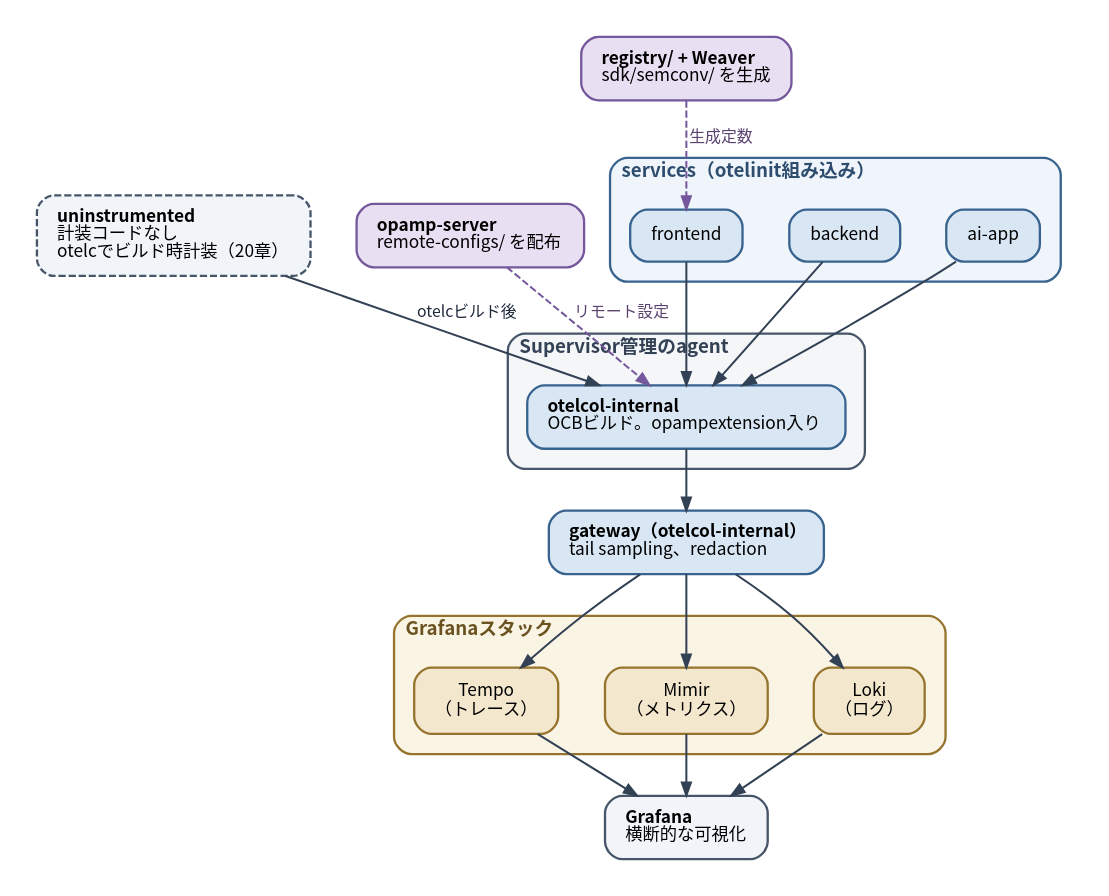
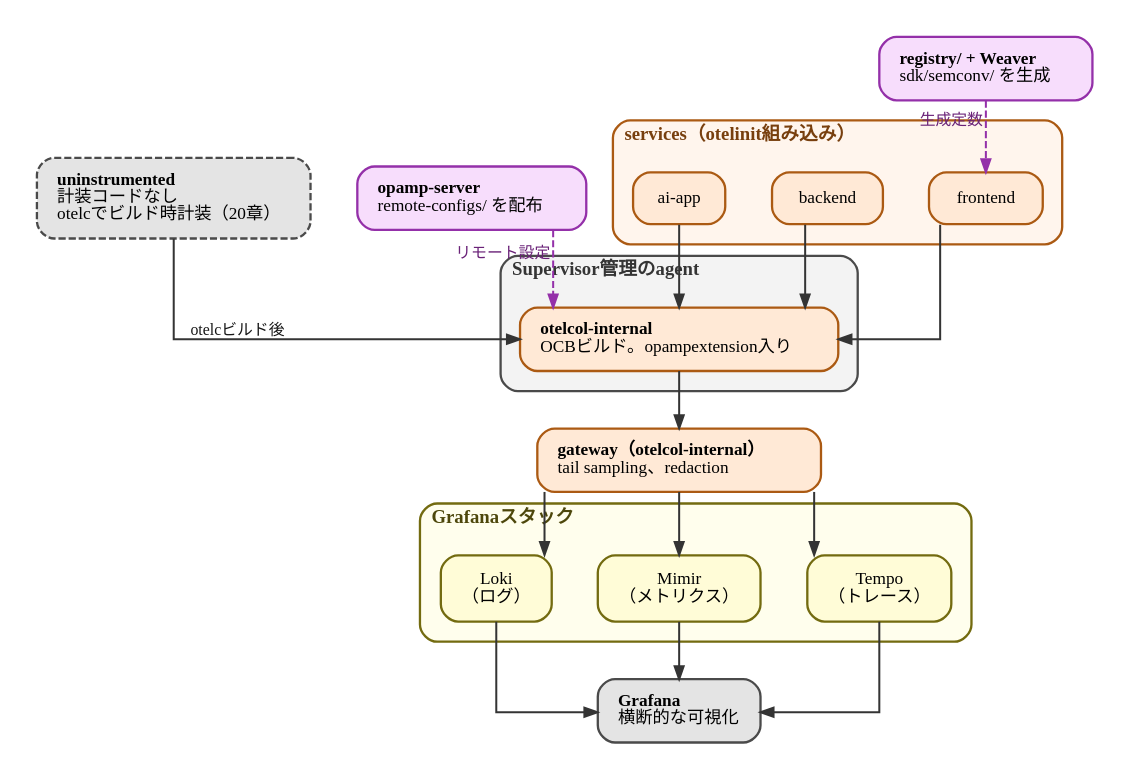
The diagram in diagrams/observability-platform-with-otel/20260926-blueprint-overview.dot (ymotongpoo/zenn.dev), drawn with Graphviz before and after one commit. The commit also changed 33 other files, not shown here.

First line of the commit message:
fix(otel-platform): 図16枚を book-diagram-graphviz の規範へ移行する

```diff
--- a/diagrams/observability-platform-with-otel/20260926-blueprint-overview.dot
+++ b/diagrams/observability-platform-with-otel/20260926-blueprint-overview.dot
@@ -1,68 +1,68 @@
 // リファレンス実装 otel-platform-blueprint の全体構成
 digraph blueprint_overview {
   graph [
-    fontname="Harano Aji Gothic,Noto Sans CJK JP,IPAGothic", fontsize=13,
-    rankdir=TB, compound=true, splines=true,
+    fontname="IBM Plex Sans JP", fontsize=13,
+    rankdir=TB, compound=true, splines=ortho,
     nodesep=0.45, ranksep=0.55, pad=0.25,
     bgcolor="white", newrank=true
   ];
   node [
-    fontname="Harano Aji Gothic,Noto Sans CJK JP,IPAGothic", fontsize=12,
+    fontname="IBM Plex Sans JP", fontsize=12,
     shape=box, style="rounded,filled",
-    fillcolor="#F1F5F9", color="#475569", penwidth=1.6,
+    fillcolor="#E4E4E4", color="#4A4A4A", penwidth=1.6,
     margin="0.2,0.14"
   ];
   edge [
-    fontname="Harano Aji Gothic,Noto Sans CJK JP,IPAGothic", fontsize=11,
-    color="#334155", penwidth=1.4, arrowsize=0.9,
-    fontcolor="#1E293B"
+    fontname="IBM Plex Sans JP", fontsize=11,
+    color="#343434", penwidth=1.4, arrowsize=0.9,
+    fontcolor="#171717"
   ];
 
   subgraph cluster_services {
     label=<<b>services（otelinit組み込み）</b>>;
     labeljust="l"; style="rounded"; penwidth=1.6;
-    color="#38638F"; bgcolor="#EFF5FB"; fontcolor="#2E4D6E"; margin=14;
-    frontend [label="frontend", fillcolor="#D9E7F4", color="#38638F"];
-    backendsvc [label="backend", fillcolor="#D9E7F4", color="#38638F"];
-    aiapp [label="ai-app", fillcolor="#D9E7F4", color="#38638F"];
+    color="#AB5A13"; bgcolor="#FFF5ED"; fontcolor="#783F0E"; margin=14;
+    frontend [label="frontend", fillcolor="#FFE9D6", color="#AB5A13"];
+    backendsvc [label="backend", fillcolor="#FFE9D6", color="#AB5A13"];
+    aiapp [label="ai-app", fillcolor="#FFE9D6", color="#AB5A13"];
   }
 
-  uninstr [label=<<b>uninstrumented</b><br align="left"/>計装コードなし<br align="left"/>otelcでビルド時計装（20章）<br align="left"/>>, style="rounded,filled,dashed", fillcolor="#F1F5F9", color="#475569"];
+  uninstr [label=<<b>uninstrumented</b><br align="left"/>計装コードなし<br align="left"/>otelcでビルド時計装（20章）<br align="left"/>>, style="rounded,filled,dashed", fillcolor="#E4E4E4", color="#4A4A4A"];
 
   subgraph cluster_agent {
     label=<<b>Supervisor管理のagent</b>>;
     labeljust="l"; style="rounded"; penwidth=1.6;
-    color="#475569"; bgcolor="#F4F6F8"; fontcolor="#334155"; margin=14;
-    agent [label=<<b>otelcol-internal</b><br align="left"/>OCBビルド。opampextension入り<br align="left"/>>, fillcolor="#D9E7F4", color="#38638F"];
+    color="#4A4A4A"; bgcolor="#F3F3F3"; fontcolor="#343434"; margin=14;
+    agent [label=<<b>otelcol-internal</b><br align="left"/>OCBビルド。opampextension入り<br align="left"/>>, fillcolor="#FFE9D6", color="#AB5A13"];
   }
 
-  opamp [label=<<b>opamp-server</b><br align="left"/>remote-configs/ を配布<br align="left"/>>, fillcolor="#E9DFF2", color="#75589C"];
-  gateway [label=<<b>gateway（otelcol-internal）</b><br align="left"/>tail sampling、redaction<br align="left"/>>, fillcolor="#D9E7F4", color="#38638F"];
+  opamp [label=<<b>opamp-server</b><br align="left"/>remote-configs/ を配布<br align="left"/>>, fillcolor="#F7DDFC", color="#9430A9"];
+  gateway [label=<<b>gateway（otelcol-internal）</b><br align="left"/>tail sampling、redaction<br align="left"/>>, fillcolor="#FFE9D6", color="#AB5A13"];
 
   subgraph cluster_backend {
     label=<<b>Grafanaスタック</b>>;
     labeljust="l"; style="rounded"; penwidth=1.6;
-    color="#96742E"; bgcolor="#FAF4E4"; fontcolor="#6B5321"; margin=14;
-    tempo [label="Tempo\n（トレース）", fillcolor="#F3E8CE", color="#96742E"];
-    mimir [label="Mimir\n（メトリクス）", fillcolor="#F3E8CE", color="#96742E"];
-    loki [label="Loki\n（ログ）", fillcolor="#F3E8CE", color="#96742E"];
+    color="#736B10"; bgcolor="#FFFEED"; fontcolor="#4D470B"; margin=14;
+    tempo [label="Tempo\n（トレース）", fillcolor="#FFFCD7", color="#736B10"];
+    mimir [label="Mimir\n（メトリクス）", fillcolor="#FFFCD7", color="#736B10"];
+    loki [label="Loki\n（ログ）", fillcolor="#FFFCD7", color="#736B10"];
   }
 
   grafana [label=<<b>Grafana</b><br align="left"/>横断的な可視化<br align="left"/>>];
-  weaverreg [label=<<b>registry/ + Weaver</b><br align="left"/>sdk/semconv/ を生成<br align="left"/>>, fillcolor="#E9DFF2", color="#75589C"];
+  weaverreg [label=<<b>registry/ + Weaver</b><br align="left"/>sdk/semconv/ を生成<br align="left"/>>, fillcolor="#F7DDFC", color="#9430A9"];
 
   frontend -> agent;
   backendsvc -> agent;
   aiapp -> agent;
-  uninstr -> agent [label=" otelcビルド後"];
+  uninstr -> agent [xlabel=" otelcビルド後"];
   agent -> gateway;
   gateway -> tempo;
   gateway -> mimir;
   gateway -> loki;
   tempo -> grafana;
   mimir -> grafana;
   loki -> grafana;
 
-  opamp -> agent [style=dashed, color="#75589C", fontcolor="#5B4370", label=" リモート設定"];
-  weaverreg -> frontend [style=dashed, color="#75589C", fontcolor="#5B4370", label=" 生成定数"];
+  opamp -> agent [style=dashed, color="#9430A9", fontcolor="#6A2278", xlabel=" リモート設定"];
+  weaverreg -> frontend [style=dashed, color="#9430A9", fontcolor="#6A2278", xlabel=" 生成定数"];
 }
```
